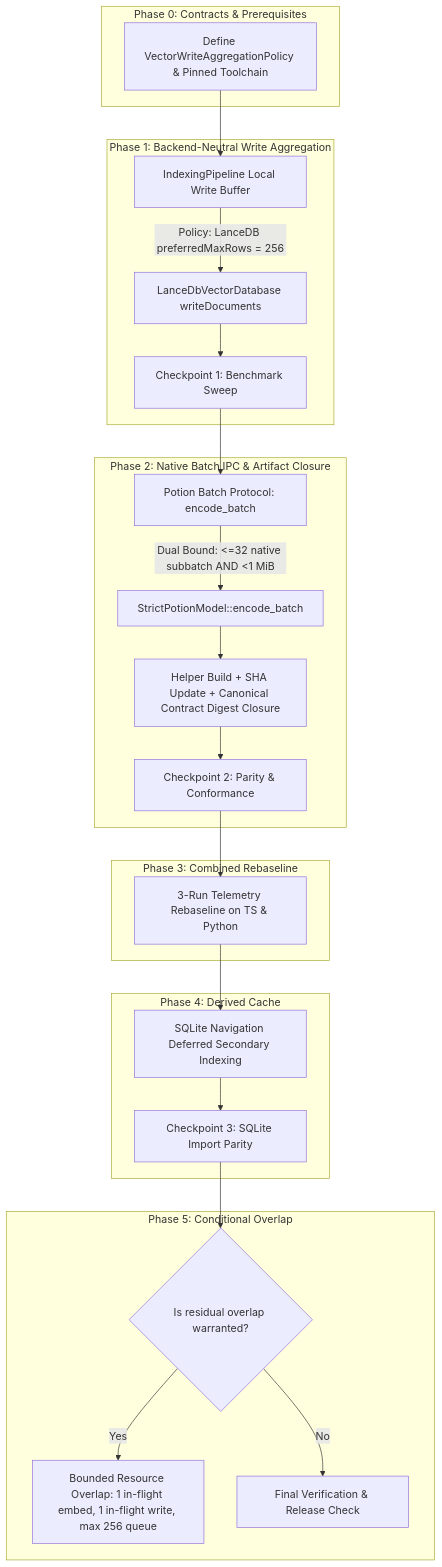
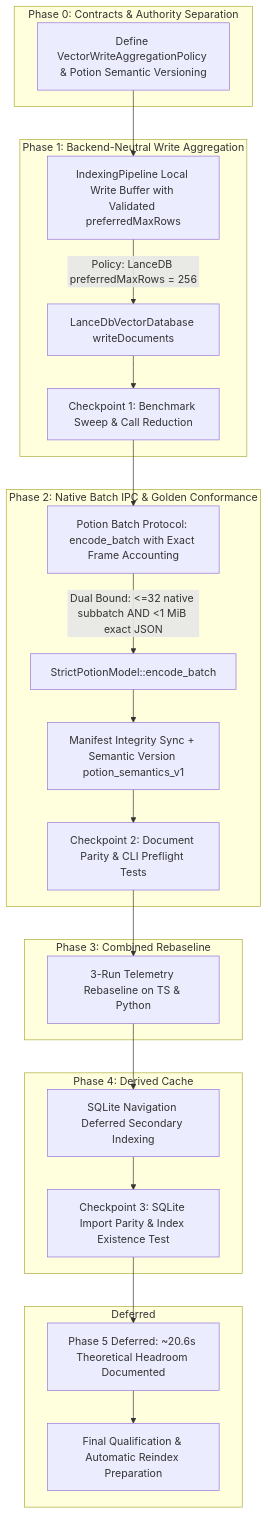
One commit to ham-zax/claude-context changed the diagram in docs/plans/SATORI_OFFLINE_INDEXING_PERFORMANCE_OPTIMIZATION_PLAN.md. Above: the diagram before and after it, drawn with Mermaid. The commit also changed other lines of this file and 3 other files, not shown here.

First line of the commit message:
docs: update optimization plan, evidence reports, and add automatic reindex plan

````diff
--- a/docs/plans/SATORI_OFFLINE_INDEXING_PERFORMANCE_OPTIMIZATION_PLAN.md
+++ b/docs/plans/SATORI_OFFLINE_INDEXING_PERFORMANCE_OPTIMIZATION_PLAN.md
@@ -7,29 +7,28 @@
 ```mermaid
 graph TD
-    subgraph Phase 0: Contracts & Prerequisites
-        P0[Define VectorWriteAggregationPolicy & Pinned Toolchain]
+    subgraph Phase 0: Contracts & Authority Separation
+        P0[Define VectorWriteAggregationPolicy & Potion Semantic Versioning]
     end
     subgraph Phase 1: Backend-Neutral Write Aggregation
-        P0 --> A[IndexingPipeline Local Write Buffer]
+        P0 --> A[IndexingPipeline Local Write Buffer with Validated preferredMaxRows]
         A -->|Policy: LanceDB preferredMaxRows = 256| B[LanceDbVectorDatabase writeDocuments]
-        B --> C[Checkpoint 1: Benchmark Sweep]
+        B --> C[Checkpoint 1: Benchmark Sweep & Call Reduction]
     end
-    subgraph Phase 2: Native Batch IPC & Artifact Closure
-        C --> D[Potion Batch Protocol: encode_batch]
-        D -->|Dual Bound: <=32 native subbatch AND <1 MiB| E[StrictPotionModel::encode_batch]
-        E --> F[Helper Build + SHA Update + Canonical Contract Digest Closure]
-        F --> G[Checkpoint 2: Parity & Conformance]
+    subgraph Phase 2: Native Batch IPC & Golden Conformance
+        C --> D[Potion Batch Protocol: encode_batch with Exact Frame Accounting]
+        D -->|Dual Bound: <=32 native subbatch AND <1 MiB exact JSON| E[StrictPotionModel::encode_batch]
+        E --> F[Manifest Integrity Sync + Semantic Version potion_semantics_v1]
+        F --> G[Checkpoint 2: Document Parity & CLI Preflight Tests]
     end
     subgraph Phase 3: Combined Rebaseline
         G --> H[3-Run Telemetry Rebaseline on TS & Python]
     end
     subgraph Phase 4: Derived Cache
         H --> I[SQLite Navigation Deferred Secondary Indexing]
-        I --> J[Checkpoint 3: SQLite Import Parity]
+        I --> J[Checkpoint 3: SQLite Import Parity & Index Existence Test]
     end
-    subgraph Phase 5: Conditional Overlap
-        J --> K{Is residual overlap warranted?}
-        K -->|Yes| L[Bounded Resource Overlap: 1 in-flight embed, 1 in-flight write, max 256 queue]
-        K -->|No| M[Final Verification & Release Check]
+    subgraph Phase 5: Concurrency Overlap [Deferred]
+        J --> K[Phase 5 Deferred: ~20.6s Theoretical Headroom Documented]
+        K --> L[Final Qualification & Automatic Reindex Preparation]
     end
 ```
````
